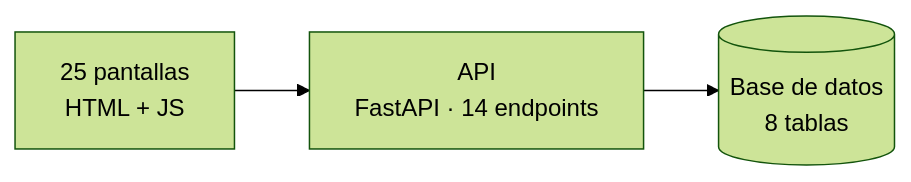
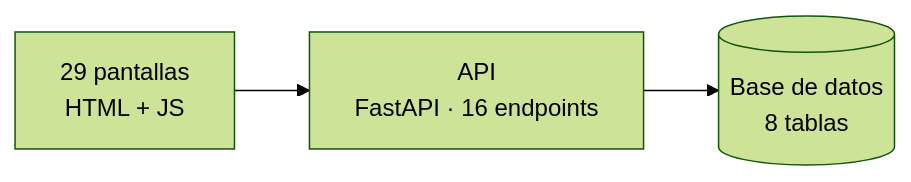
Before and after one commit to nicovazzoler/kioskardo: the first of 2 diagrams in ARQUITECTURA.md, drawn with Mermaid (forest theme). The commit also changed other lines of this file, not shown here.

````diff
--- a/ARQUITECTURA.md
+++ b/ARQUITECTURA.md
@@ -9,8 +9,8 @@
 ```mermaid
 graph LR
-  FRONT["25 pantallas<br/>HTML + JS"]
-  API["API<br/>FastAPI · 14 endpoints"]
+  FRONT["29 pantallas<br/>HTML + JS"]
+  API["API<br/>FastAPI · 16 endpoints"]
   FRONT --> API
   DB[("Base de datos<br/>8 tablas")]
   API --> DB
 ```
````
